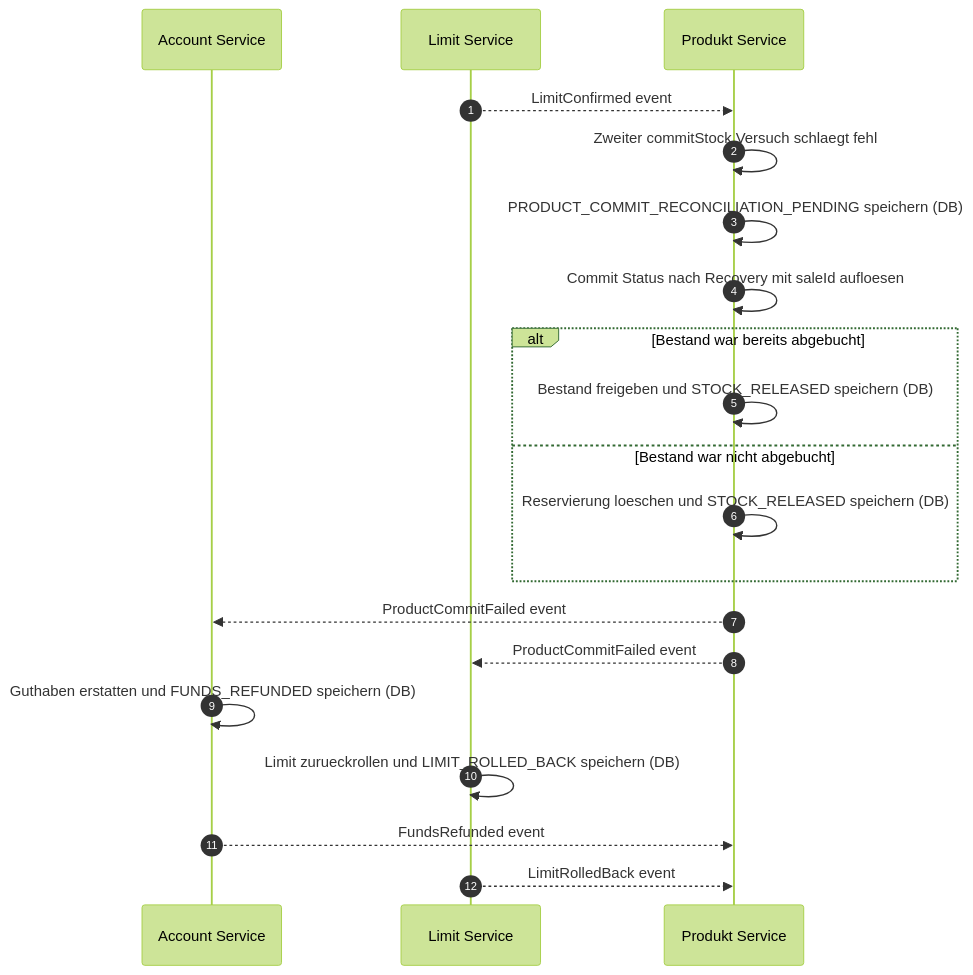
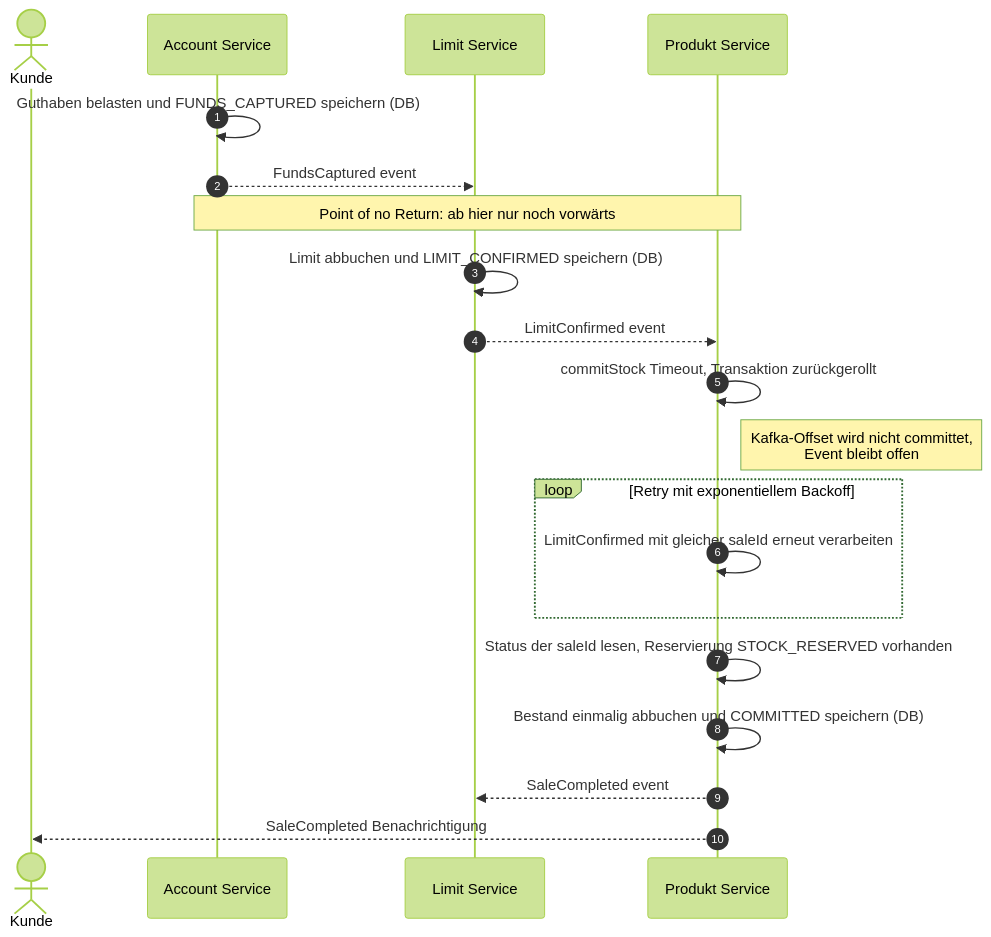
Diagram 28 of 30 in project-2/abgabe_projekt_2.md (Adrian-Hansen-dev/second-hand-ticket-app), drawn with Mermaid (forest theme) before and after one commit. The commit also changed other lines of this file, not shown here.

First line of the commit message:
Projekt 2: Point of no Return beschrieben

````diff
--- a/project-2/abgabe_projekt_2.md
+++ b/project-2/abgabe_projekt_2.md
@@ -831,23 +878,23 @@
 ```mermaid
 sequenceDiagram
     autonumber
+    actor Kunde
     participant AS as Account Service
     participant LS as Limit Service
     participant PS as Produkt Service
 
+    AS->>AS: Guthaben belasten und FUNDS_CAPTURED speichern (DB)
+    AS-->>LS: FundsCaptured event
+    Note over AS,PS: Point of no Return: ab hier nur noch vorwärts
+    LS->>LS: Limit abbuchen und LIMIT_CONFIRMED speichern (DB)
     LS-->>PS: LimitConfirmed event
-    PS->>PS: Zweiter commitStock Versuch schlaegt fehl
-    PS->>PS: PRODUCT_COMMIT_RECONCILIATION_PENDING speichern (DB)
-    PS->>PS: Commit Status nach Recovery mit saleId aufloesen
-    alt Bestand war bereits abgebucht
-        PS->>PS: Bestand freigeben und STOCK_RELEASED speichern (DB)
-    else Bestand war nicht abgebucht
-        PS->>PS: Reservierung loeschen und STOCK_RELEASED speichern (DB)
+    PS->>PS: commitStock Timeout, Transaktion zurückgerollt
+    Note right of PS: Kafka-Offset wird nicht committet,<br/>Event bleibt offen
+    loop Retry mit exponentiellem Backoff
+        PS->>PS: LimitConfirmed mit gleicher saleId erneut verarbeiten
     end
-    PS-->>AS: ProductCommitFailed event
-    PS-->>LS: ProductCommitFailed event
-    AS->>AS: Guthaben erstatten und FUNDS_REFUNDED speichern (DB)
-    LS->>LS: Limit zurueckrollen und LIMIT_ROLLED_BACK speichern (DB)
-    AS-->>PS: FundsRefunded event
-    LS-->>PS: LimitRolledBack event
+    PS->>PS: Status der saleId lesen, Reservierung STOCK_RESERVED vorhanden
+    PS->>PS: Bestand einmalig abbuchen und COMMITTED speichern (DB)
+    PS-->>LS: SaleCompleted event
+    PS-->>Kunde: SaleCompleted Benachrichtigung
 ```
````
